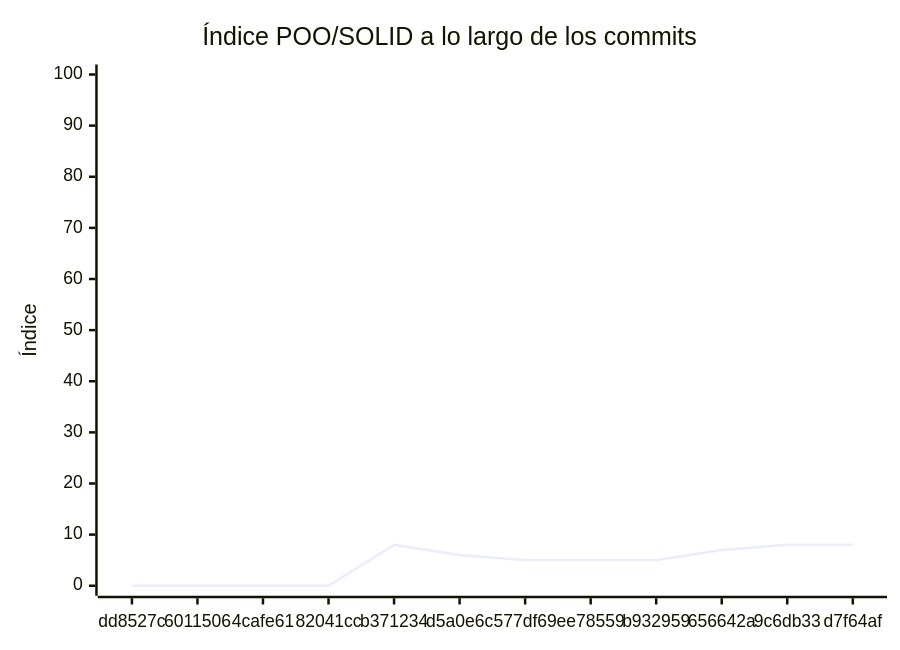
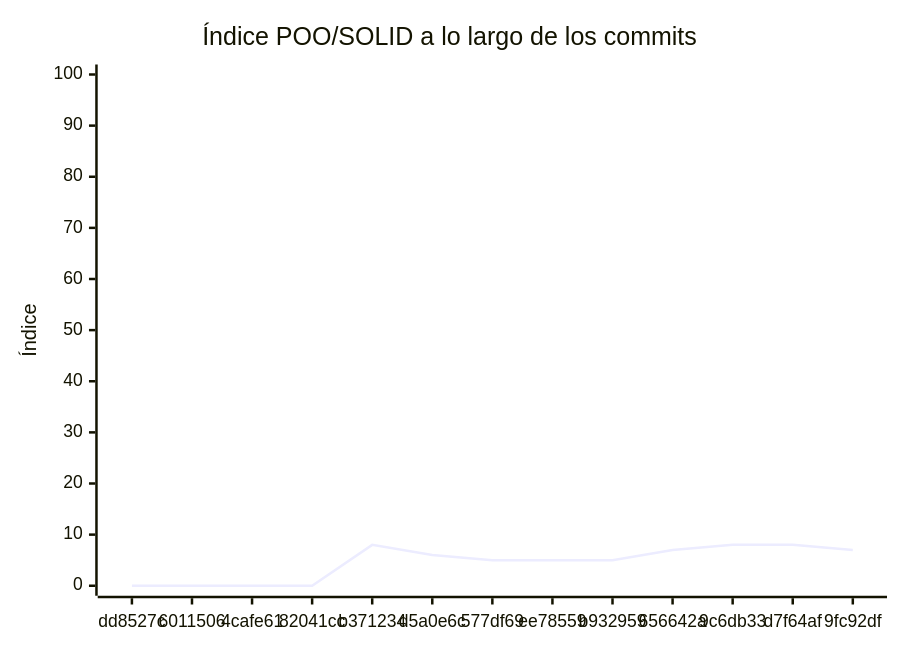
One commit to organizacion-sonica/proyecto-fisica changed the diagram in docs/EVALUACION.md. Above: the diagram before and after it, drawn with Mermaid. The commit also changed other lines of this file and 1 other file, not shown here.

````diff
--- a/docs/EVALUACION.md
+++ b/docs/EVALUACION.md
@@ -223,7 +228,7 @@
 ```mermaid
 xychart-beta
     title "Índice POO/SOLID a lo largo de los commits"
-    x-axis ["dd8527c", "6011506", "4cafe61", "82041cc", "b371234", "d5a0e6c", "577df69", "ee78559", "b932959", "656642a", "9c6db33", "d7f64af"]
+    x-axis ["dd8527c", "6011506", "4cafe61", "82041cc", "b371234", "d5a0e6c", "577df69", "ee78559", "b932959", "656642a", "9c6db33", "d7f64af", "9fc92df"]
     y-axis "Índice" 0 --> 100
-    line [0, 0, 0, 0, 8, 6, 5, 5, 5, 7, 8, 8]
+    line [0, 0, 0, 0, 8, 6, 5, 5, 5, 7, 8, 8, 7]
 ```
````
